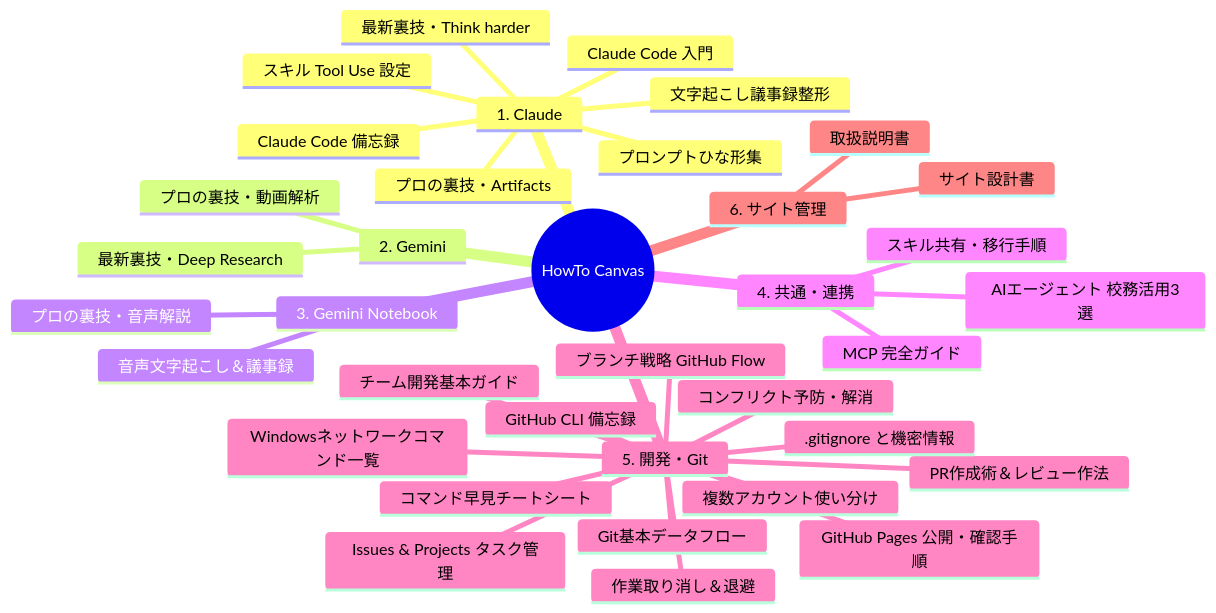
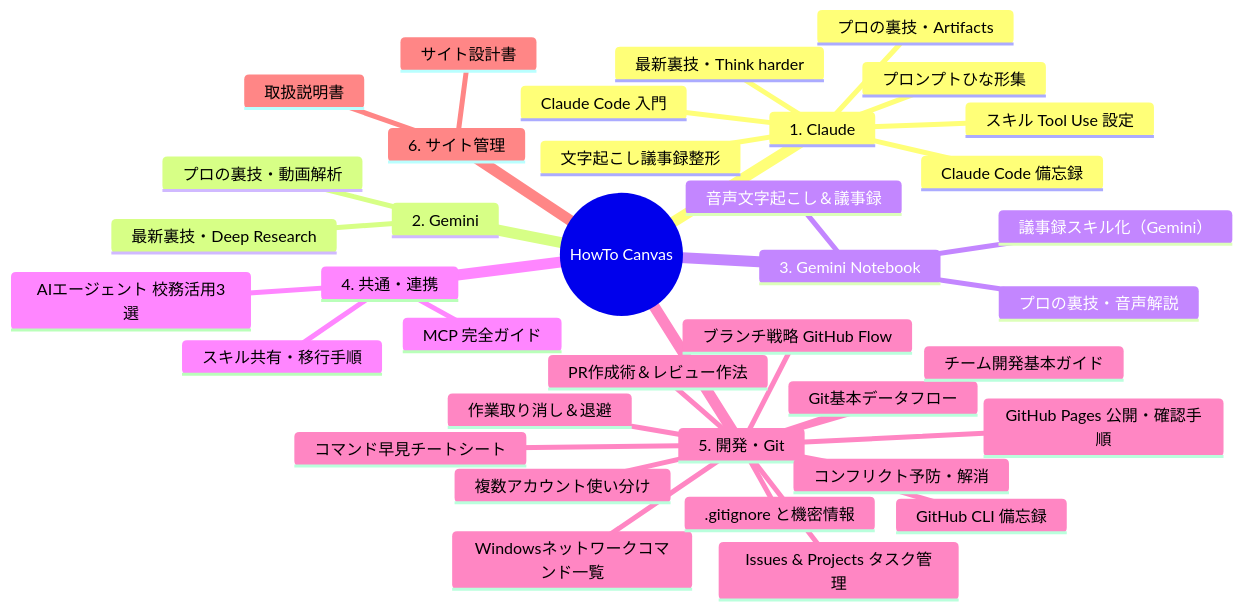
Before and after one commit to nakamotohiroshi-biz-team/howto-canvas: the second of 2 diagrams in src/content/docs/meta/design-spec.md, drawn with Mermaid. The commit also changed 3 other files, not shown here.

First line of the commit message:
docs: 議事録・面談報告書をGeminiのスキルで毎回同じ形式で作る手順の記事と図解を追加

````diff
--- a/src/content/docs/meta/design-spec.md
+++ b/src/content/docs/meta/design-spec.md
@@ -117,39 +117,40 @@
 ```mermaid
 mindmap
   root((HowTo Canvas))
     1. Claude
       最新裏技・Think harder
       Claude Code 入門
       スキル Tool Use 設定
       文字起こし議事録整形
       プロの裏技・Artifacts
       Claude Code 備忘録
       プロンプトひな形集
     2. Gemini
       最新裏技・Deep Research
       プロの裏技・動画解析
     3. Gemini Notebook
       音声文字起こし＆議事録
       プロの裏技・音声解説
+      議事録スキル化（Gemini）
     4. 共通・連携
       スキル共有・移行手順
       MCP 完全ガイド
       AIエージェント 校務活用3選
     5. 開発・Git
       Git基本データフロー
       チーム開発基本ガイド
       コマンド早見チートシート
       コンフリクト予防・解消
       作業取り消し＆退避
       ブランチ戦略 GitHub Flow
       Issues & Projects タスク管理
       PR作成術＆レビュー作法
       Windowsネットワークコマンド一覧
       GitHub CLI 備忘録
       GitHub Pages 公開・確認手順
       .gitignore と機密情報
       複数アカウント使い分け
     6. サイト管理
       取扱説明書
       サイト設計書
 ```
````
